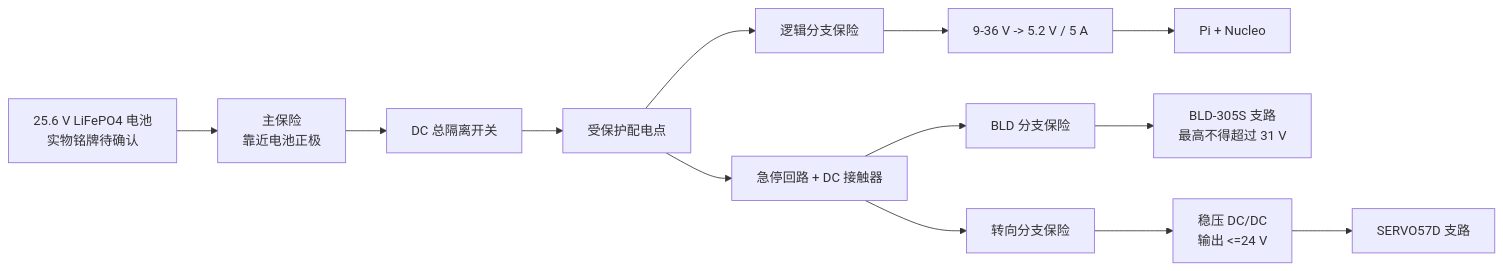
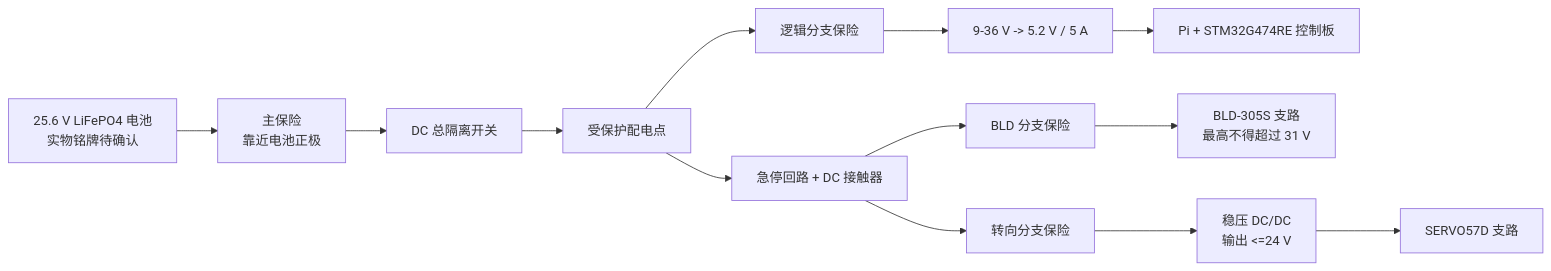
The second of 2 diagrams in docs/火星车硬件部署与联调操作手册.md (lixiang-moss/rover), drawn with Mermaid before and after one commit. The commit also changed other lines of this file and 46 other files, not shown here.

````diff
--- a/docs/火星车硬件部署与联调操作手册.md
+++ b/docs/火星车硬件部署与联调操作手册.md
@@ -1097,22 +1060,22 @@
 ```mermaid
 flowchart LR
     BAT["25.6 V LiFePO4 电池<br/>实物铭牌待确认"]
     FUSE["主保险<br/>靠近电池正极"]
     DISC["DC 总隔离开关"]
     SPLIT["受保护配电点"]
     LOGICF["逻辑分支保险"]
     DCDC5["9-36 V -> 5.2 V / 5 A"]
-    LOGIC["Pi + Nucleo"]
+    LOGIC["Pi + STM32G474RE 控制板"]
     ESTOP["急停回路 + DC 接触器"]
     DRIVEF["BLD 分支保险"]
     BLD["BLD-305S 支路<br/>最高不得超过 31 V"]
     STEERF["转向分支保险"]
     DCDC24["稳压 DC/DC<br/>输出 <=24 V"]
     MKS["SERVO57D 支路"]
 
     BAT --> FUSE --> DISC --> SPLIT
     SPLIT --> LOGICF --> DCDC5 --> LOGIC
     SPLIT --> ESTOP
     ESTOP --> DRIVEF --> BLD
     ESTOP --> STEERF --> DCDC24 --> MKS
 ```
````
